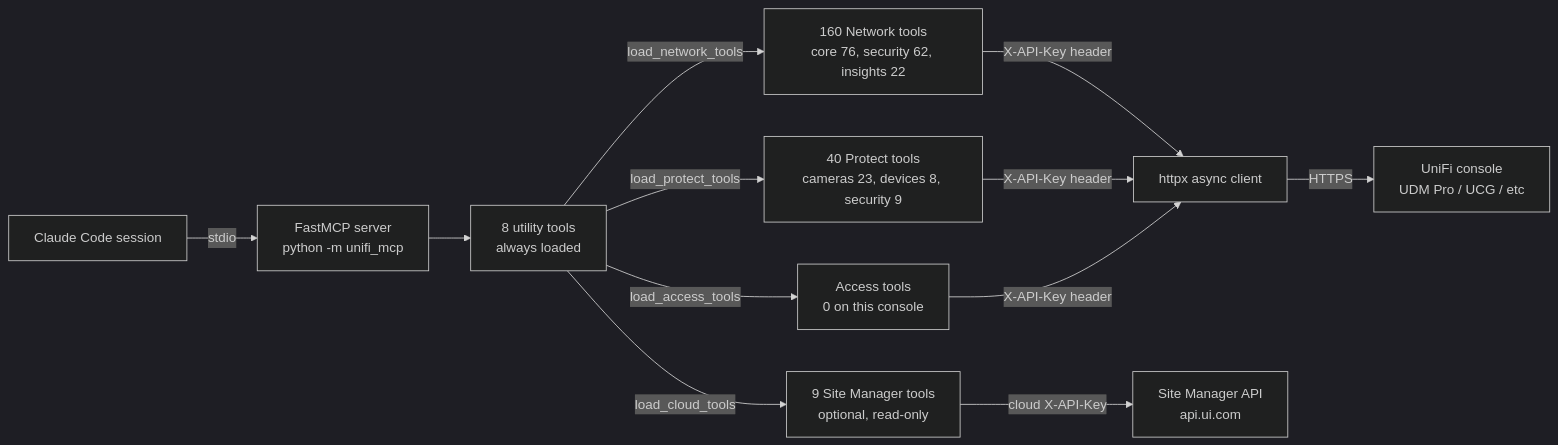
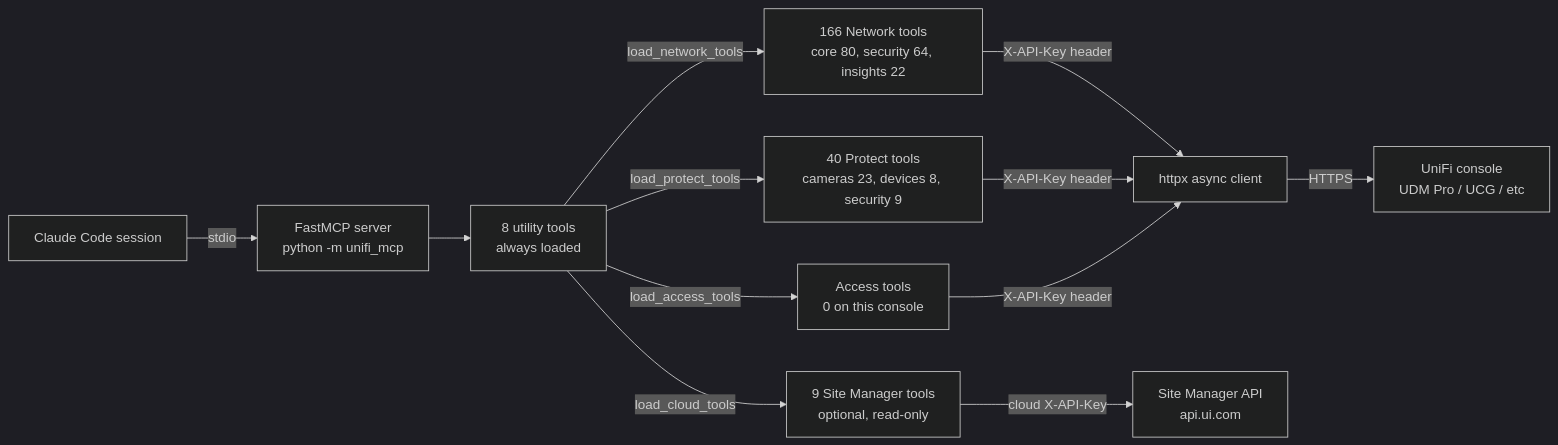
One commit to chris2ao/unifi-mcp changed the first of 3 diagrams in README.md. Above: the diagram before and after it, drawn with Mermaid (dark theme). The commit also changed other lines of this file and 36 other files, not shown here.

````diff
--- a/README.md
+++ b/README.md
@@ -178,12 +178,12 @@
 ```mermaid
 flowchart LR
     CC[Claude Code session] -->|stdio| MCP[FastMCP server<br/>python -m unifi_mcp]
     MCP --> UT[8 utility tools<br/>always loaded]
-    UT -->|load_network_tools| NET[160 Network tools<br/>core 76, security 62, insights 22]
+    UT -->|load_network_tools| NET[166 Network tools<br/>core 80, security 64, insights 22]
     UT -->|load_protect_tools| PROT[40 Protect tools<br/>cameras 23, devices 8, security 9]
     UT -->|load_access_tools| ACC[Access tools<br/>0 on this console]
     UT -->|load_cloud_tools| CLD[9 Site Manager tools<br/>optional, read-only]
     NET & PROT & ACC -->|X-API-Key header| HC[httpx async client]
     HC -->|HTTPS| UNIFI[UniFi console<br/>UDM Pro / UCG / etc]
     CLD -->|cloud X-API-Key| CC2[Site Manager API<br/>api.ui.com]
 ```
````
